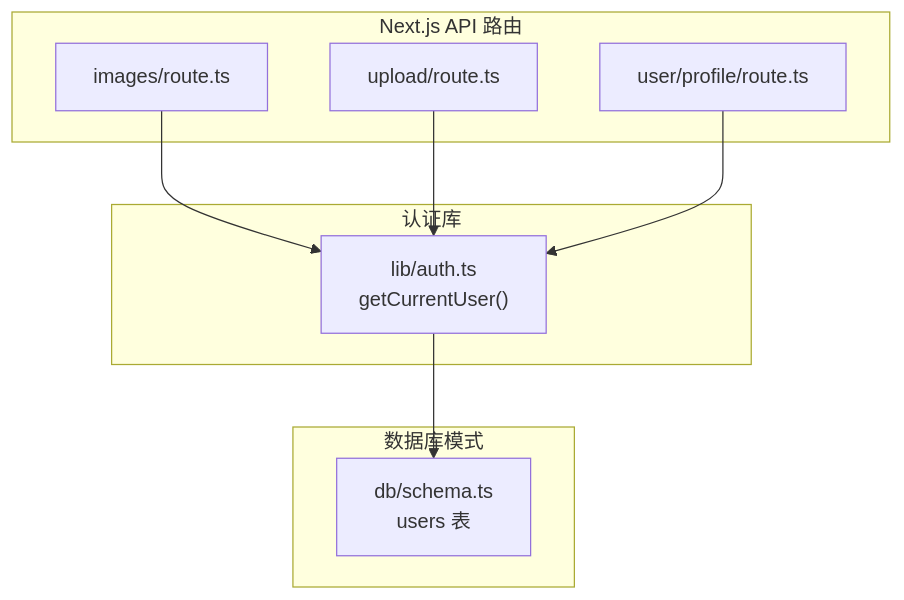
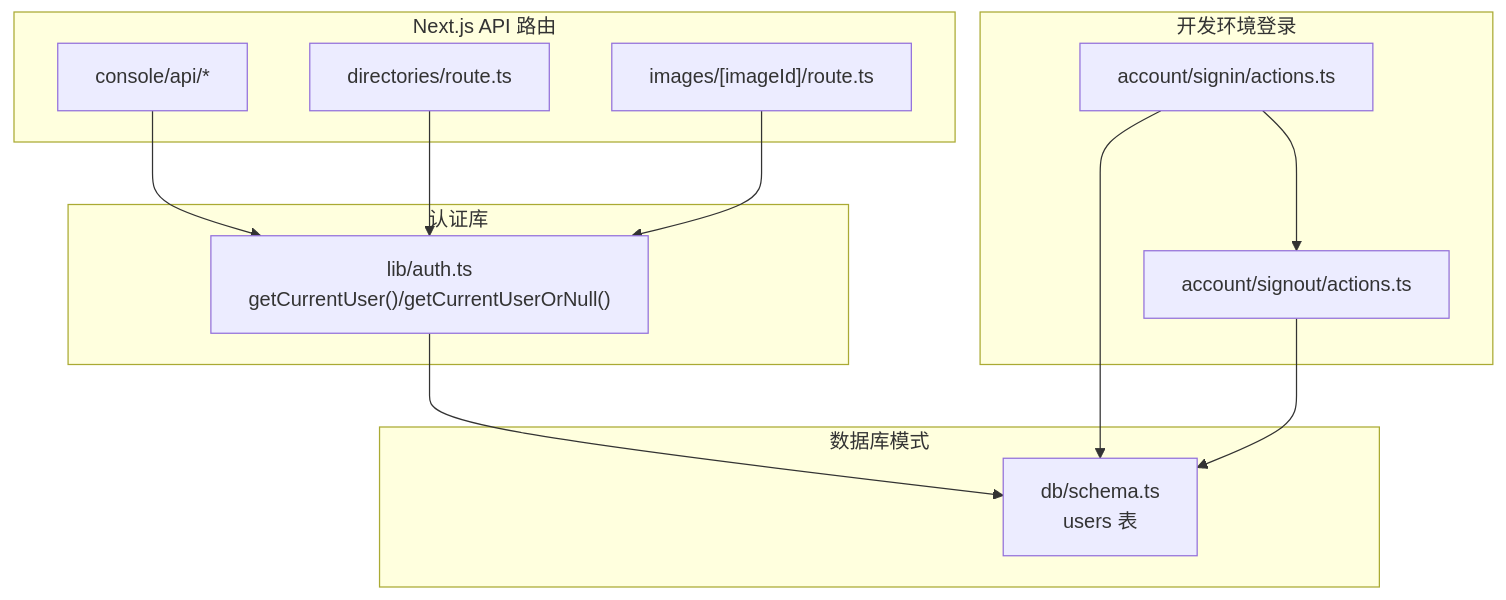
Before and after one commit to pnnh/weable: the first of 8 diagrams in .qoder/repowiki/zh/content/架构设计/认证架构设计/多源认证机制.md, drawn with Mermaid. The commit also changed other lines of this file and 161 other files, not shown here.

````diff
--- a/.qoder/repowiki/zh/content/架构设计/认证架构设计/多源认证机制.md
+++ b/.qoder/repowiki/zh/content/架构设计/认证架构设计/多源认证机制.md
@@ -37,18 +46,25 @@
 ```mermaid
 graph TB
 subgraph "Next.js API 路由"
-A["images/route.ts"]
-B["upload/route.ts"]
-C["user/profile/route.ts"]
+A["console/api/*"]
+B["directories/route.ts"]
+C["images/[imageId]/route.ts"]
 end
 subgraph "认证库"
-D["lib/auth.ts<br/>getCurrentUser()"]
+D["lib/auth.ts<br/>getCurrentUser()/getCurrentUserOrNull()"]
+end
+subgraph "开发环境登录"
+E["account/signin/actions.ts"]
+F["account/signout/actions.ts"]
 end
 subgraph "数据库模式"
-E["db/schema.ts<br/>users 表"]
+G["db/schema.ts<br/>users 表"]
 end
 A --> D
 B --> D
 C --> D
-D --> E
+D --> G
+E --> F
+E --> G
+F --> G
 ```
````
